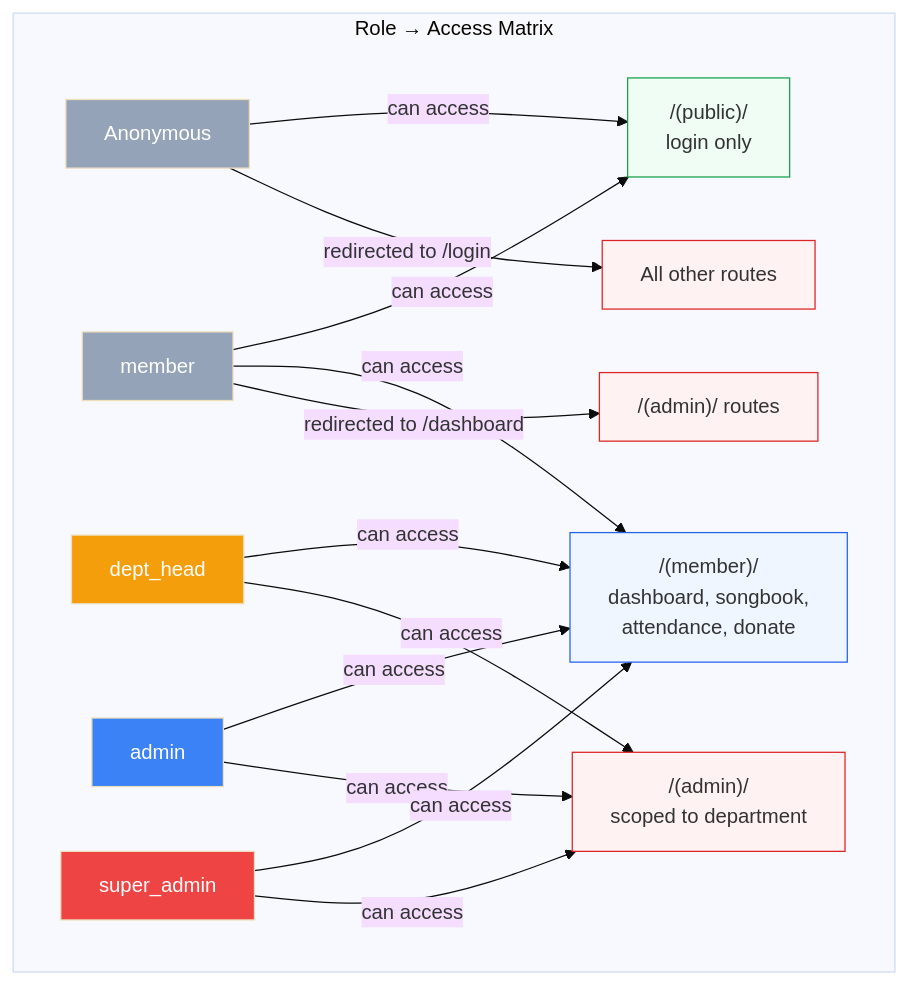
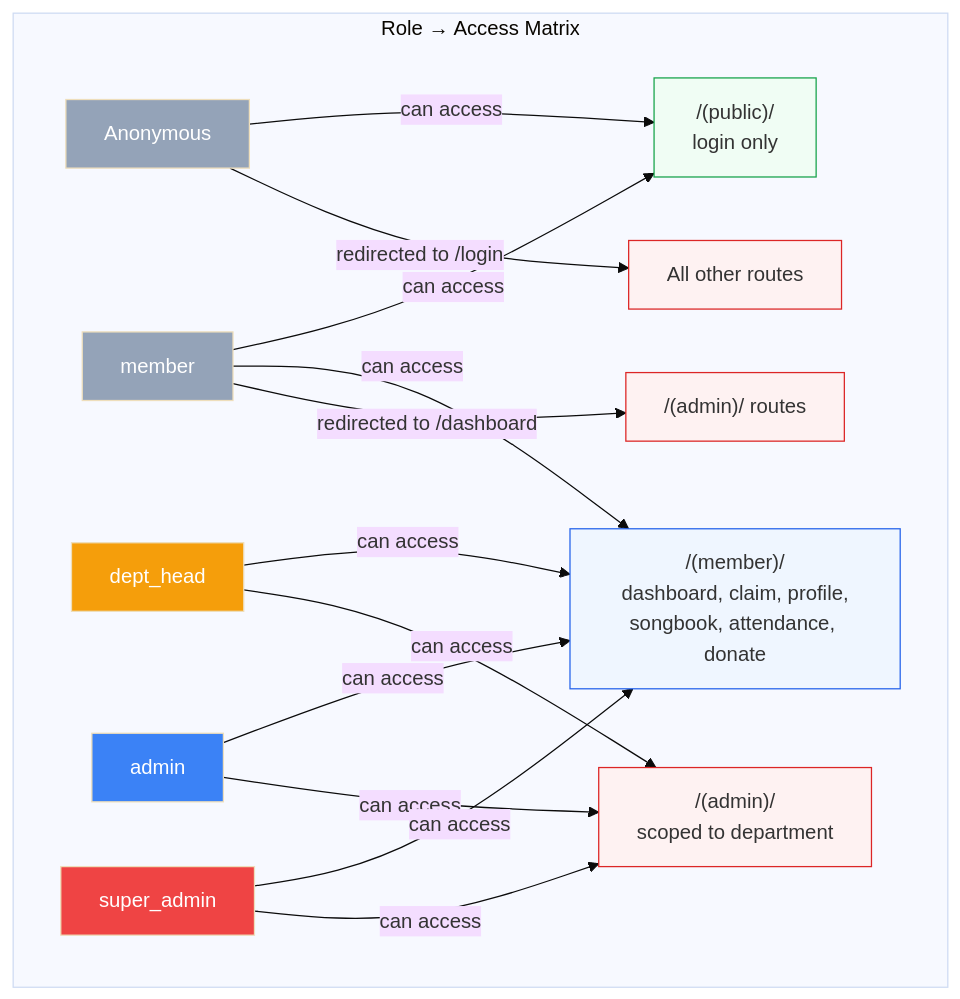
Before and after one commit to Felege-Yordanos-Tech-Team/felege-yordanos-app: the sixth of 7 diagrams in docs/auth-flow.md, drawn with Mermaid (base theme). The commit also changed other lines of this file and 3 other files, not shown here.

First line of the commit message:
docs: 📝 update all architecture docs for latest features

````diff
--- a/docs/auth-flow.md
+++ b/docs/auth-flow.md
@@ -129,28 +167,28 @@
 ```mermaid
 graph TD
     subgraph ROLES["Role → Access Matrix"]
         direction LR
         ANON["Anonymous"] -->|can access| PUB["/(public)/<br/>login only"]
         ANON -->|redirected to /login| BLOCKED["All other routes"]
         MEMBER_R["member"] -->|can access| PUB
-        MEMBER_R -->|can access| MEM["/(member)/<br/>dashboard, songbook,<br/>attendance, donate"]
+        MEMBER_R -->|can access| MEM["/(member)/<br/>dashboard, claim, profile,<br/>songbook, attendance, donate"]
         MEMBER_R -->|redirected to /dashboard| ADM_BLOCKED["/(admin)/ routes"]
         DH["dept_head"] -->|can access| MEM
         DH -->|can access| ADM["/(admin)/<br/>scoped to department"]
         ADMIN_R["admin"] -->|can access| MEM
         ADMIN_R -->|can access| ADM
         SA["super_admin"] -->|can access| MEM
         SA -->|can access| ADM
     end
 
     style ANON fill:#94a3b8,color:#fff
     style MEMBER_R fill:#94a3b8,color:#fff
     style DH fill:#f59e0b,color:#fff
     style ADMIN_R fill:#3b82f6,color:#fff
     style SA fill:#ef4444,color:#fff
     style PUB fill:#f0fdf4,stroke:#16a34a
     style MEM fill:#eff6ff,stroke:#2563eb
     style ADM fill:#fef2f2,stroke:#dc2626
     style BLOCKED fill:#fef2f2,stroke:#dc2626
     style ADM_BLOCKED fill:#fef2f2,stroke:#dc2626
 ```
````
